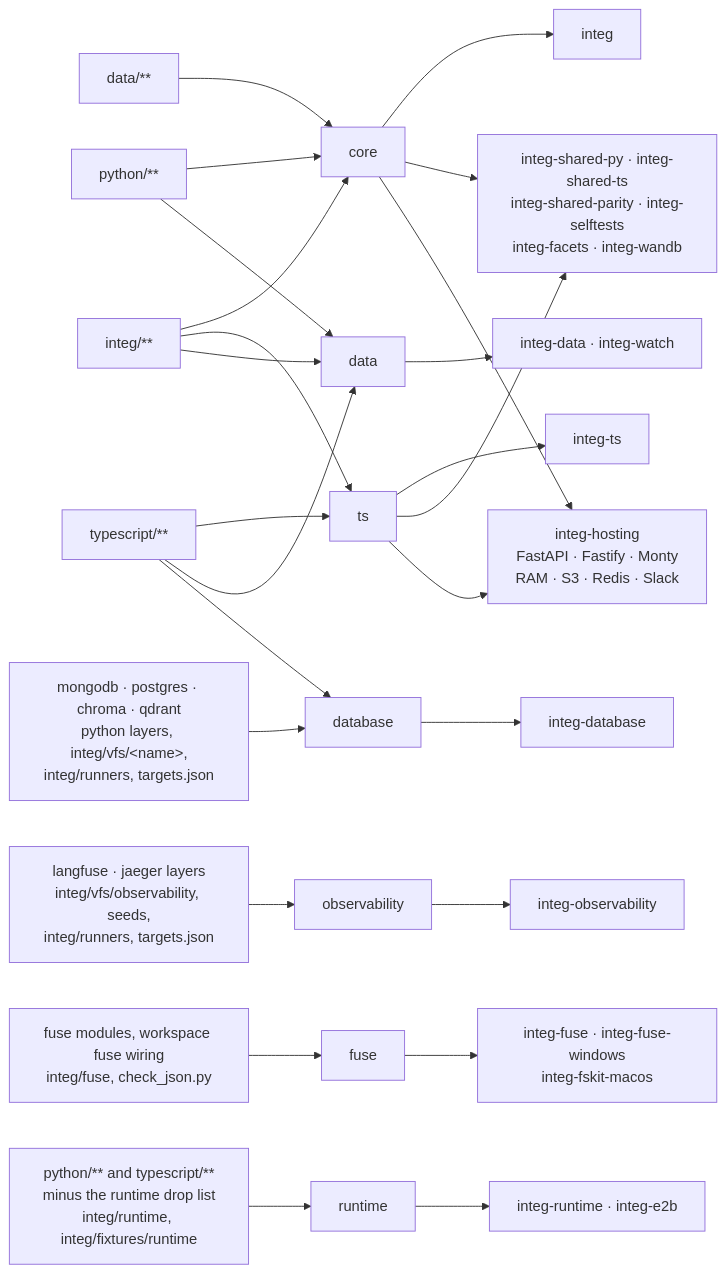
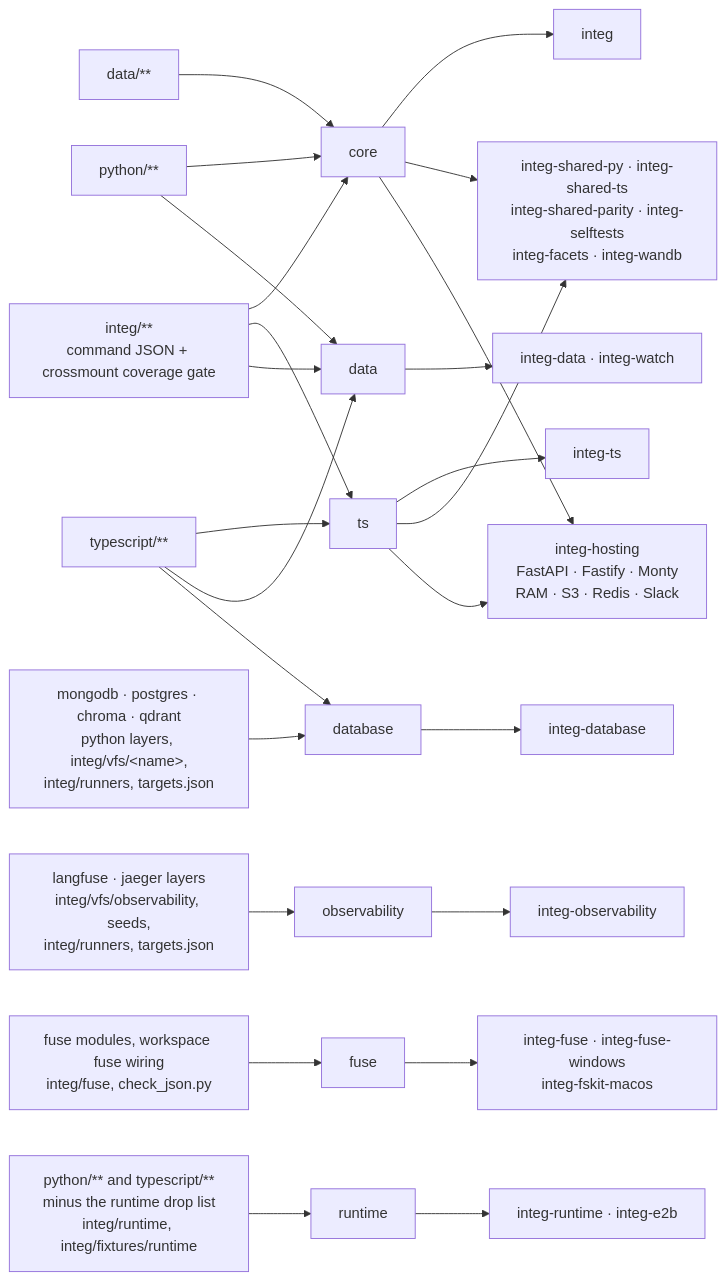
The diagram in integ/README.md (strukto-ai/mirage), drawn with Mermaid before and after one commit. The commit also changed other lines of this file and 51 other files, not shown here.

First line of the commit message:
fix: complete cross-mount command coverage and routing guards

````diff
--- a/integ/README.md
+++ b/integ/README.md
@@ -107,20 +160,20 @@
 ```mermaid
 flowchart LR
     PY["python/**"] --> core & data
     TSX["typescript/**"] --> ts & data & database
-    IN["integ/**"] --> core & ts & data
+    IN["integ/**<br/>command JSON + crossmount coverage gate"] --> core & ts & data
     D["data/**"] --> core
     DB["mongodb · postgres · chroma · qdrant<br/>python layers, integ/vfs/&lt;name&gt;,<br/>integ/runners, targets.json"] --> database
     OB["langfuse · jaeger layers<br/>integ/vfs/observability, seeds,<br/>integ/runners, targets.json"] --> observability
     FS["fuse modules, workspace fuse wiring<br/>integ/fuse, check_json.py"] --> fuse
     RT["python/** and typescript/**<br/>minus the runtime drop list<br/>integ/runtime, integ/fixtures/runtime"] --> runtime
     core --> J1["integ"]
     ts --> J2["integ-ts"]
     core & ts --> J3["integ-shared-py · integ-shared-ts<br/>integ-shared-parity · integ-selftests<br/>integ-facets · integ-wandb"]
     core & ts --> HOST["integ-hosting<br/>FastAPI · Fastify · Monty<br/>RAM · S3 · Redis · Slack"]
     data --> J4["integ-data · integ-watch"]
     database --> J5["integ-database"]
     observability --> J6["integ-observability"]
     fuse --> J7["integ-fuse · integ-fuse-windows<br/>integ-fskit-macos"]
     runtime --> J8["integ-runtime · integ-e2b"]
 ```
````
